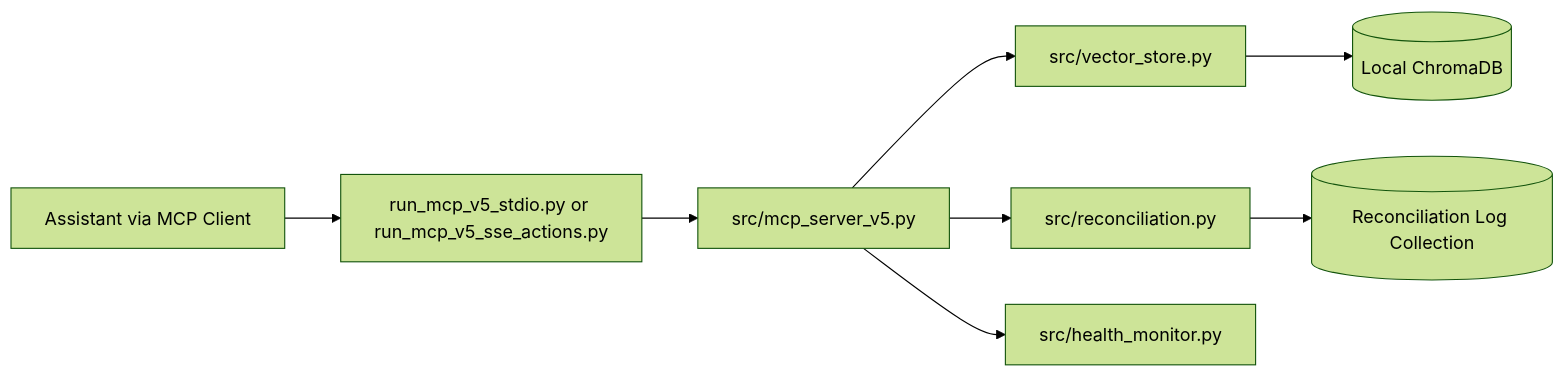
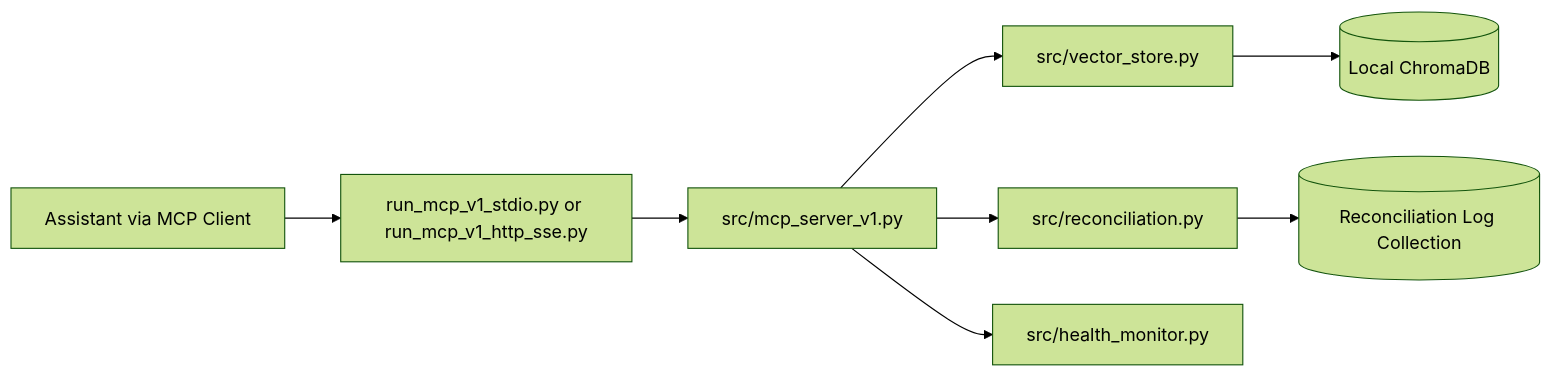
One commit to ptobey/local-memory-mcp changed the diagram in README.md. Above: the diagram before and after it, drawn with Mermaid (forest theme). The commit also changed other lines of this file and 9 other files, not shown here.

````diff
--- a/README.md
+++ b/README.md
@@ -20,10 +20,10 @@
 ```mermaid
 flowchart LR
-    A[Assistant via MCP Client] --> B[run_mcp_v5_stdio.py or run_mcp_v5_sse_actions.py]
-    B --> C[src/mcp_server_v5.py]
+    A[Assistant via MCP Client] --> B[run_mcp_v1_stdio.py or run_mcp_v1_http_sse.py]
+    B --> C[src/mcp_server_v1.py]
     C --> D[src/vector_store.py]
     C --> E[src/reconciliation.py]
     C --> F[src/health_monitor.py]
     D --> G[(Local ChromaDB)]
     E --> H[(Reconciliation Log Collection)]
 ```
````
